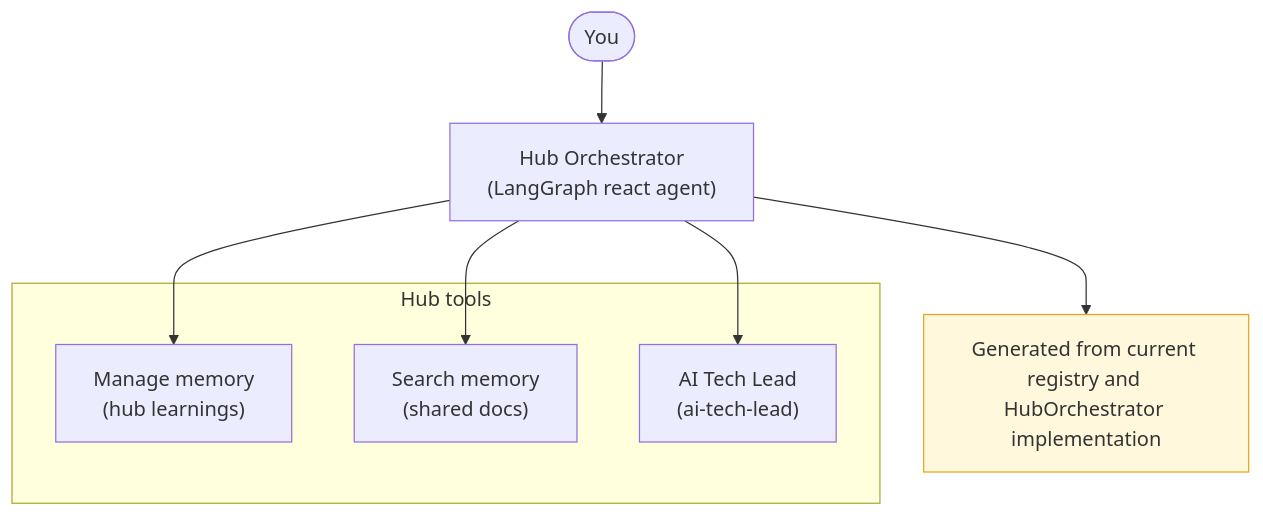
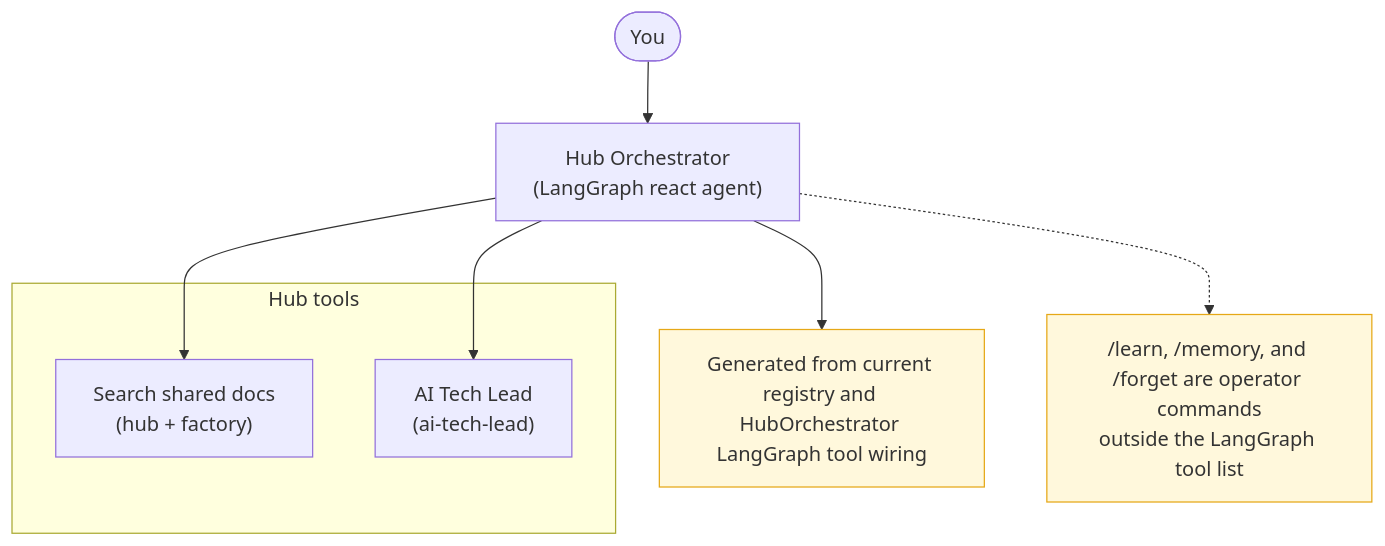
The diagram in docs/diagrams/07-HUB-LANGGRAPH-TOOLS.mmd (robvoto/agent-hub), drawn with Mermaid before and after one commit. The commit also changed 7 other files, not shown here.

Commit message:
Refresh hub instructions and diagram tooling

```diff
--- a/docs/diagrams/07-HUB-LANGGRAPH-TOOLS.mmd
+++ b/docs/diagrams/07-HUB-LANGGRAPH-TOOLS.mmd
@@ -1,20 +1,18 @@
 flowchart TD
     You([You])
     Hub["Hub Orchestrator<br/>(LangGraph react agent)"]
 
     subgraph Tools["Hub tools"]
-    memory_hub_learnings["Manage memory
-(hub learnings)"]
-    memory_shared_docs["Search memory
-(shared docs)"]
+    tool_search_shared_docs["Search shared docs<br/>(hub + factory)"]
     agent_ai_tech_lead["AI Tech Lead<br/>(ai-tech-lead)"]
     end
 
     You --> Hub
-    Hub --> memory_hub_learnings
-    Hub --> memory_shared_docs
+    Hub --> tool_search_shared_docs
     Hub --> agent_ai_tech_lead
 
     classDef note fill:#fff8dc,stroke:#e6a817;
-    note["Generated from current registry and HubOrchestrator implementation"]:::note
+    note["Generated from current registry and HubOrchestrator LangGraph tool wiring"]:::note
+    commands_note["/learn, /memory, and /forget are operator commands<br/>outside the LangGraph tool list"]:::note
     Hub --> note
+    Hub -.-> commands_note
```
